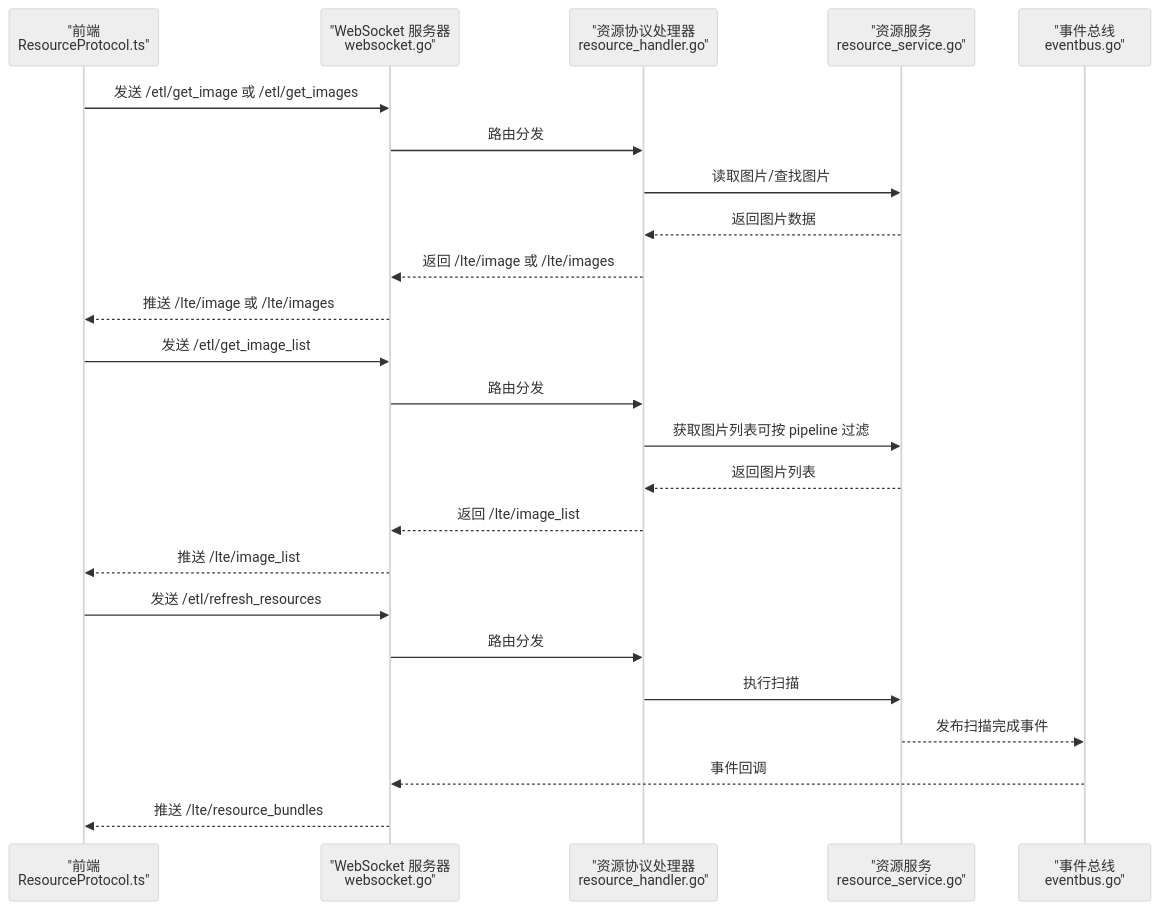
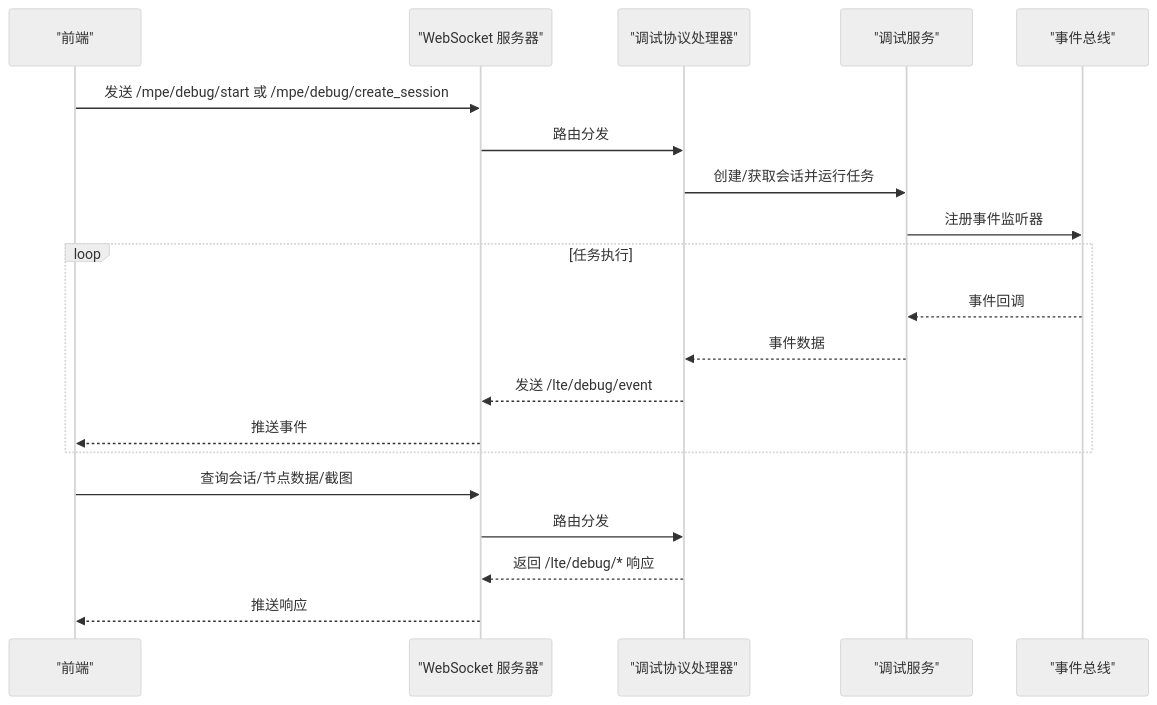
Before and after one commit to kqcoxn/MaaPipelineEditor: the second of 3 diagrams in .qoder/repowiki/zh/content/开发者指南/LocalBridge 通信协议.md, drawn with Mermaid (neutral theme). The commit also changed other lines of this file and 10 other files, not shown here.

````diff
--- a/.qoder/repowiki/zh/content/开发者指南/LocalBridge 通信协议.md
+++ b/.qoder/repowiki/zh/content/开发者指南/LocalBridge 通信协议.md
@@ -113,26 +98,22 @@
 ```mermaid
 sequenceDiagram
-participant FE as "前端<br/>ResourceProtocol.ts"
-participant WS as "WebSocket 服务器<br/>websocket.go"
-participant RH as "资源协议处理器<br/>resource_handler.go"
-participant RS as "资源服务<br/>resource_service.go"
-participant EB as "事件总线<br/>eventbus.go"
-FE->>WS : 发送 /etl/get_image 或 /etl/get_images
+participant FE as "前端"
+participant WS as "WebSocket 服务器"
+participant RH as "调试协议处理器"
+participant DS as "调试服务"
+participant SK as "事件总线"
+FE->>WS : 发送 /mpe/debug/start 或 /mpe/debug/create_session
 WS->>RH : 路由分发
-RH->>RS : 读取图片/查找图片
-RS-->>RH : 返回图片数据
-RH-->>WS : 返回 /lte/image 或 /lte/images
-WS-->>FE : 推送 /lte/image 或 /lte/images
-FE->>WS : 发送 /etl/get_image_list
+RH->>DS : 创建/获取会话并运行任务
+DS->>SK : 注册事件监听器
+loop 任务执行
+SK-->>DS : 事件回调
+DS-->>RH : 事件数据
+RH-->>WS : 发送 /lte/debug/event
+WS-->>FE : 推送事件
+end
+FE->>WS : 查询会话/节点数据/截图
 WS->>RH : 路由分发
-RH->>RS : 获取图片列表可按 pipeline 过滤
-RS-->>RH : 返回图片列表
-RH-->>WS : 返回 /lte/image_list
-WS-->>FE : 推送 /lte/image_list
-FE->>WS : 发送 /etl/refresh_resources
-WS->>RH : 路由分发
-RH->>RS : 执行扫描
-RS-->>EB : 发布扫描完成事件
-EB-->>WS : 事件回调
-WS-->>FE : 推送 /lte/resource_bundles
+RH-->>WS : 返回 /lte/debug/* 响应
+WS-->>FE : 推送响应
 ```
````
